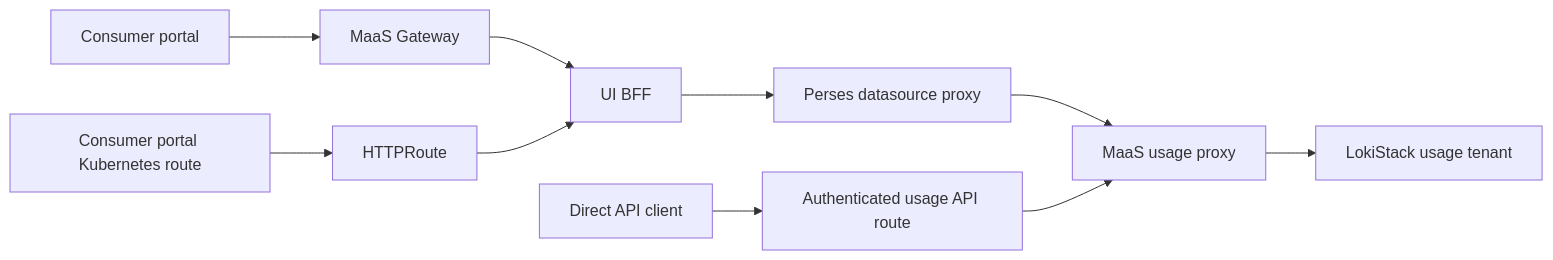
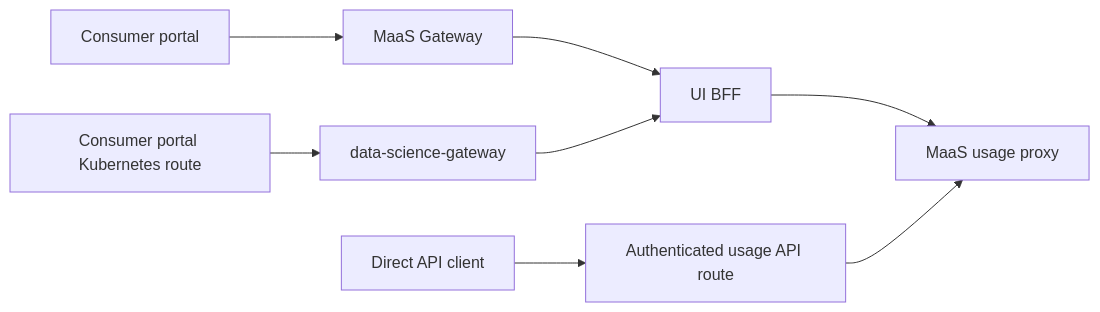
One commit to opendatahub-io/architecture-decision-records changed the diagram in architecture-decision-records/model-serving/ODH-ADR-MS-0009-maas-usage-dashboard-oidc-authorization-and-data-scoping.md. Above: the diagram before and after it, drawn with Mermaid. The commit also changed other lines of this file, not shown here.

````diff
--- a/architecture-decision-records/model-serving/ODH-ADR-MS-0009-maas-usage-dashboard-oidc-authorization-and-data-scoping.md
+++ b/architecture-decision-records/model-serving/ODH-ADR-MS-0009-maas-usage-dashboard-oidc-authorization-and-data-scoping.md
@@ -100,12 +109,10 @@
 ```mermaid
 flowchart LR
   Portal[Consumer portal] --> MG[MaaS Gateway]
-  Separate[Consumer portal Kubernetes route] --> KR[HTTPRoute]
+  Separate[Consumer portal Kubernetes route] --> KR[data-science-gateway]
   MG --> BFF[UI BFF]
   KR --> BFF
-  BFF --> Perses[Perses datasource proxy]
-  Perses --> Usage[MaaS usage proxy]
+  BFF --> Usage[MaaS usage proxy]
   API[Direct API client] --> AG[Authenticated usage API route]
   AG --> Usage
-  Usage --> Loki[LokiStack usage tenant]
 ```
````
